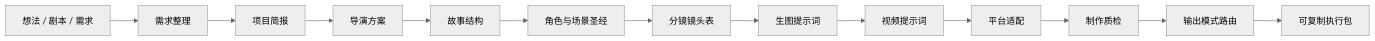
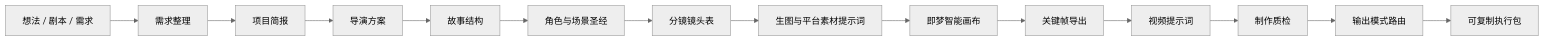
Before and after one commit to baichou6320-cpu/AI-Animation-Director: the diagram in README.zh-CN.md, drawn with Mermaid (neutral theme). The commit also changed other lines of this file and 19 other files, not shown here.

````diff
--- a/README.zh-CN.md
+++ b/README.zh-CN.md
@@ -193,15 +201,16 @@
 ```mermaid
 flowchart LR
     A["想法 / 剧本 / 需求"] --> B["需求整理"]
     B --> C["项目简报"]
     C --> D["导演方案"]
     D --> E["故事结构"]
     E --> F["角色与场景圣经"]
     F --> G["分镜镜头表"]
-    G --> H["生图提示词"]
-    H --> I["视频提示词"]
-    I --> J["平台适配"]
-    J --> K["制作质检"]
-    K --> L["输出模式路由"]
-    L --> M["可复制执行包"]
+    G --> H["生图与平台素材提示词"]
+    H --> I["即梦智能画布"]
+    I --> J["关键帧导出"]
+    J --> K["视频提示词"]
+    K --> L["制作质检"]
+    L --> M["输出模式路由"]
+    M --> N["可复制执行包"]
 ```
````
